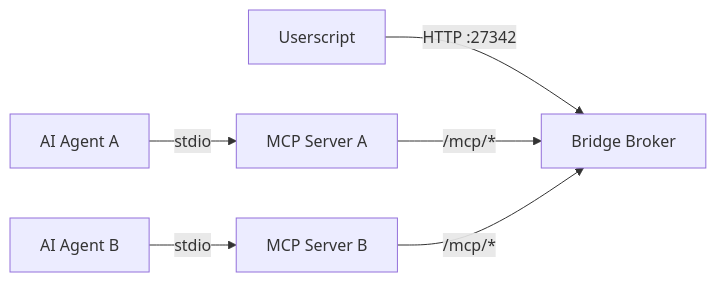
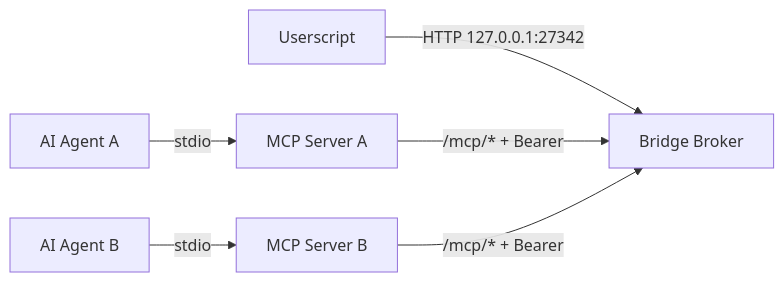
Before and after one commit to comicchang/iitc-mcp: the second of 2 diagrams in README.md, drawn with Mermaid. The commit also changed other lines of this file and 41 other files, not shown here.

````diff
--- a/README.md
+++ b/README.md
@@ -158,8 +208,8 @@
 ```mermaid
 graph LR
-    US[Userscript] -->|HTTP :27342| BR[Bridge Broker]
-    MCP_A[MCP Server A] -->|/mcp/*| BR
-    MCP_B[MCP Server B] -->|/mcp/*| BR
+    US[Userscript] -->|HTTP 127.0.0.1:27342| BR[Bridge Broker]
+    MCP_A[MCP Server A] -->|/mcp/* + Bearer| BR
+    MCP_B[MCP Server B] -->|/mcp/* + Bearer| BR
     AGENT_A[AI Agent A] -->|stdio| MCP_A
     AGENT_B[AI Agent B] -->|stdio| MCP_B
 ```
````
